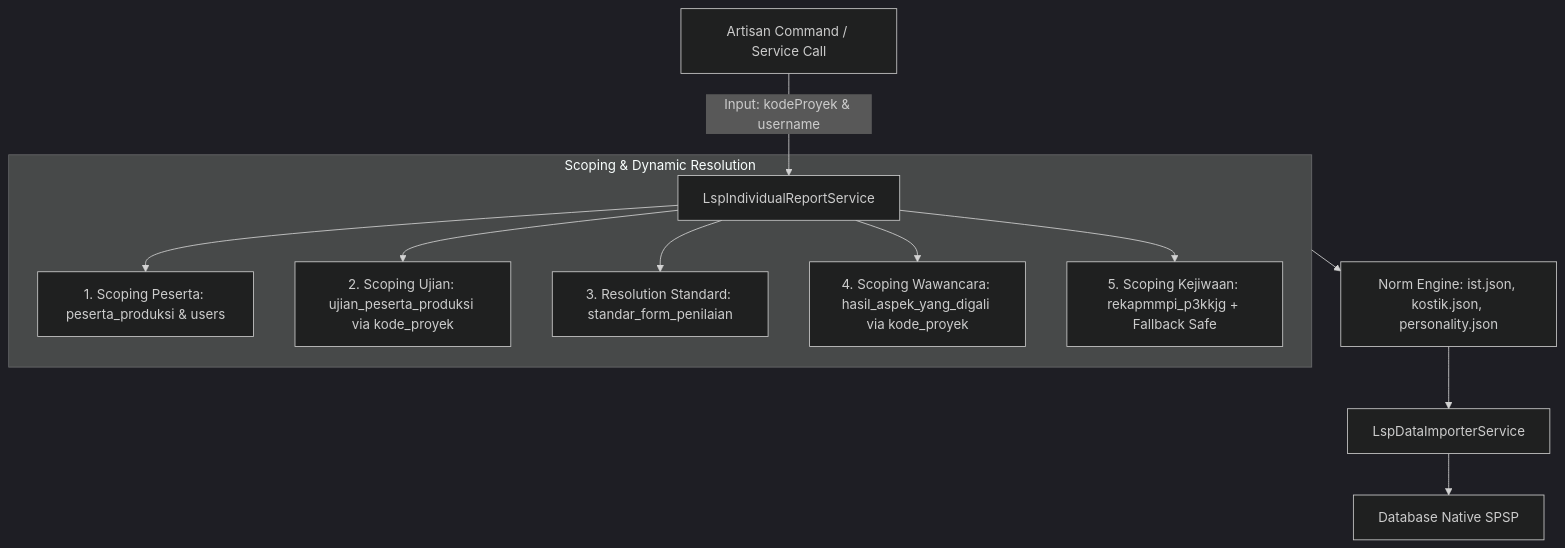
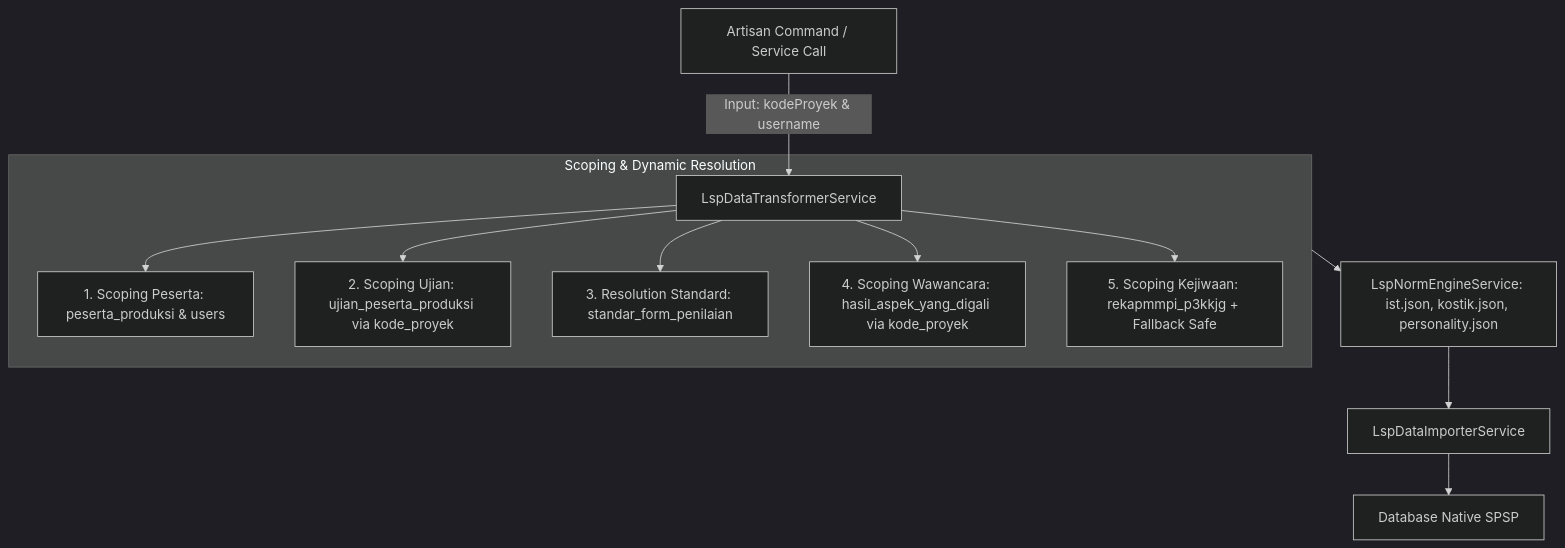
The diagram in docs/lsp_integration/04_DYNAMIC_MULTI_PROJECT_SUPPORT.md (RnDQuantum/spsp_new), drawn with Mermaid (dark theme) before and after one commit. The commit also changed other lines of this file and 12 other files, not shown here.

First line of the commit message:
refactor(lsp): decompose LspIndividualReportService into focused services

````diff
--- a/docs/lsp_integration/04_DYNAMIC_MULTI_PROJECT_SUPPORT.md
+++ b/docs/lsp_integration/04_DYNAMIC_MULTI_PROJECT_SUPPORT.md
@@ -20,16 +20,16 @@
 ```mermaid
 flowchart TD
-    A[Artisan Command / Service Call] -->|Input: kodeProyek & username| B[LspIndividualReportService]
+    A[Artisan Command / Service Call] -->|Input: kodeProyek & username| B[LspDataTransformerService]
     
     subgraph DYNAMIC_SCOPING [Scoping & Dynamic Resolution]
         B --> C1[1. Scoping Peserta: peserta_produksi & users]
         B --> C2[2. Scoping Ujian: ujian_peserta_produksi via kode_proyek]
         B --> C3[3. Resolution Standard: standar_form_penilaian]
         B --> C4[4. Scoping Wawancara: hasil_aspek_yang_digali via kode_proyek]
         B --> C5[5. Scoping Kejiwaan: rekapmmpi_p3kkjg + Fallback Safe]
     end
 
-    DYNAMIC_SCOPING --> D[Norm Engine: ist.json, kostik.json, personality.json]
+    DYNAMIC_SCOPING --> D[LspNormEngineService: ist.json, kostik.json, personality.json]
     D --> E[LspDataImporterService]
     E --> F[Database Native SPSP]
 ```
````
